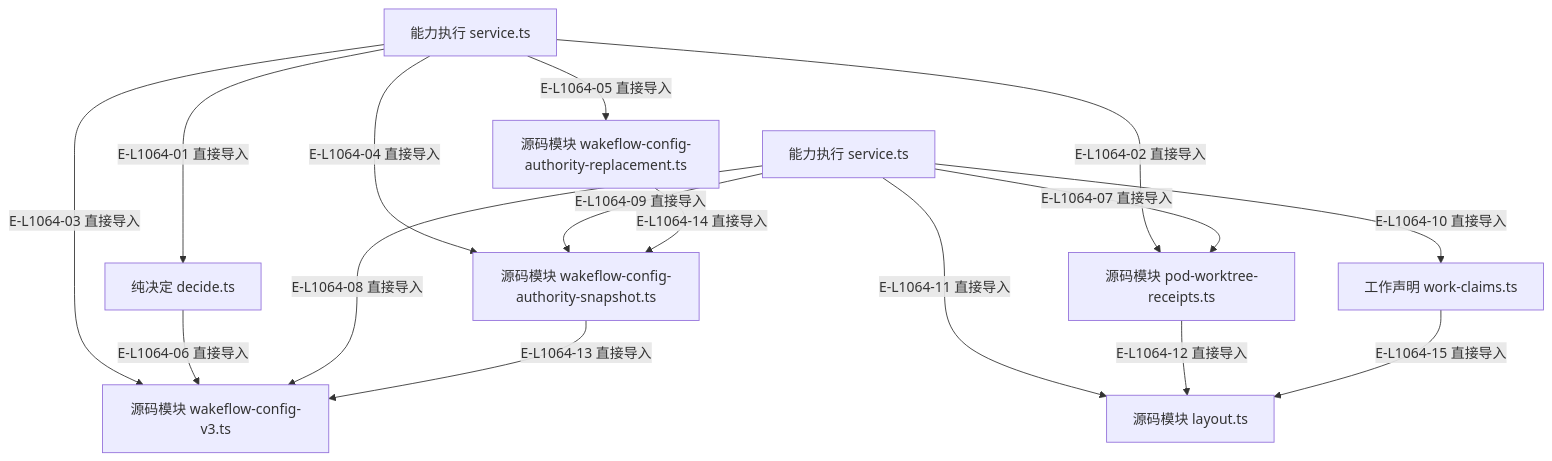
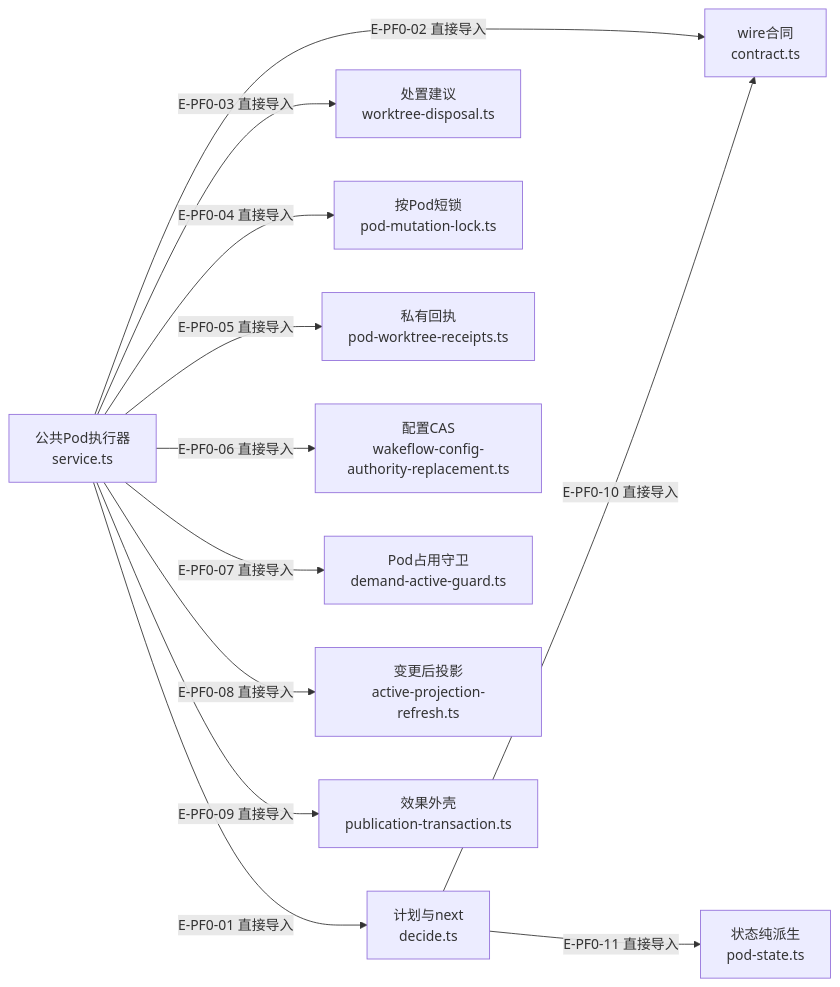
Before and after one commit to GxFn/Wakeflow: the diagram in wakeflow-architecture-atlas/maps/15-pod/file-dependencies.md, drawn with Mermaid. The commit also changed other lines of this file and 76 other files, not shown here.

First line of the commit message:
docs(atlas): refresh architecture maps for the rc.5 codebase

````diff
--- a/wakeflow-architecture-atlas/maps/15-pod/file-dependencies.md
+++ b/wakeflow-architecture-atlas/maps/15-pod/file-dependencies.md
@@ -143,29 +57,27 @@
 ```mermaid
-flowchart TB
-  accTitle: Pod 与 worktree的精选直接导入
-  accDescr: Pod 与 worktree所列具体文件之间的直接导入，不把静态依赖解释成运行调用。
-  f1["能力执行 service.ts"]
-  f2["纯决定 decide.ts"]
-  f3["能力执行 service.ts"]
-  f4["源码模块 pod-worktree-receipts.ts"]
-  f5["源码模块 wakeflow-config-v3.ts"]
-  f6["源码模块 wakeflow-config-authority-snapshot.ts"]
-  f7["源码模块 wakeflow-config-authority-replacement.ts"]
-  f8["工作声明 work-claims.ts"]
-  f9["源码模块 layout.ts"]
-  f1 -->|"E-L1064-01 直接导入"| f2
-  f1 -->|"E-L1064-02 直接导入"| f4
-  f1 -->|"E-L1064-03 直接导入"| f5
-  f1 -->|"E-L1064-04 直接导入"| f6
-  f1 -->|"E-L1064-05 直接导入"| f7
-  f2 -->|"E-L1064-06 直接导入"| f5
-  f3 -->|"E-L1064-07 直接导入"| f4
-  f3 -->|"E-L1064-08 直接导入"| f5
-  f3 -->|"E-L1064-09 直接导入"| f6
-  f3 -->|"E-L1064-10 直接导入"| f8
-  f3 -->|"E-L1064-11 直接导入"| f9
-  f4 -->|"E-L1064-12 直接导入"| f9
-  f6 -->|"E-L1064-13 直接导入"| f5
-  f7 -->|"E-L1064-14 直接导入"| f6
-  f8 -->|"E-L1064-15 直接导入"| f9
+flowchart LR
+  accTitle: Pod：配置事务、执行回执与短锁的静态依赖
+  accDescr: 文件直接import关系的审阅精选视图，运行调用与状态分支在独立页面。
+  f0["公共Pod执行器<br/>service.ts"]
+  f1["计划与next<br/>decide.ts"]
+  f2["wire合同<br/>contract.ts"]
+  f3["状态纯派生<br/>pod-state.ts"]
+  f4["处置建议<br/>worktree-disposal.ts"]
+  f5["按Pod短锁<br/>pod-mutation-lock.ts"]
+  f6["私有回执<br/>pod-worktree-receipts.ts"]
+  f7["配置CAS<br/>wakeflow-config-authority-replacement.ts"]
+  f8["Pod占用守卫<br/>demand-active-guard.ts"]
+  f9["变更后投影<br/>active-projection-refresh.ts"]
+  f10["效果外壳<br/>publication-transaction.ts"]
+  f0 -->|"E-PF0-01 直接导入"| f1
+  f0 -->|"E-PF0-02 直接导入"| f2
+  f0 -->|"E-PF0-03 直接导入"| f4
+  f0 -->|"E-PF0-04 直接导入"| f5
+  f0 -->|"E-PF0-05 直接导入"| f6
+  f0 -->|"E-PF0-06 直接导入"| f7
+  f0 -->|"E-PF0-07 直接导入"| f8
+  f0 -->|"E-PF0-08 直接导入"| f9
+  f0 -->|"E-PF0-09 直接导入"| f10
+  f1 -->|"E-PF0-10 直接导入"| f2
+  f1 -->|"E-PF0-11 直接导入"| f3
 ```
````
